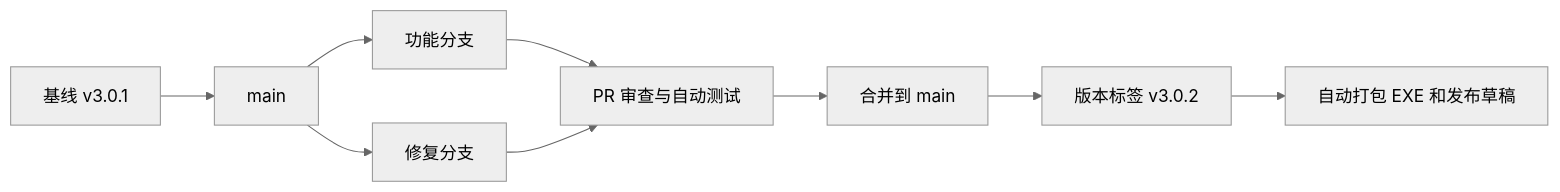
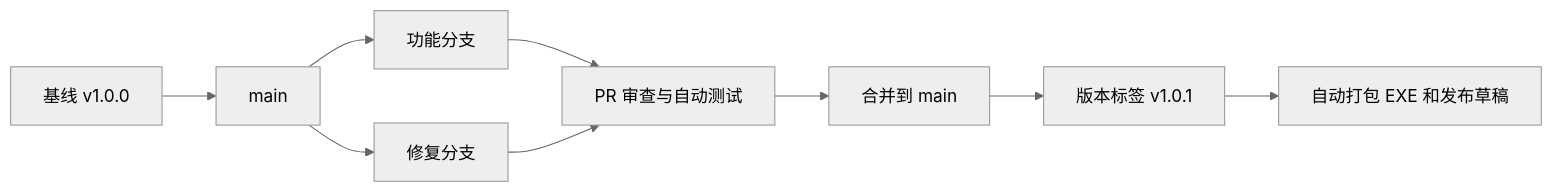
The diagram in README.md (pf100049125-leo/prototype-editor), drawn with Mermaid (neutral theme) before and after one commit. The commit also changed other lines of this file and 10 other files, not shown here.

````diff
--- a/README.md
+++ b/README.md
@@ -9,11 +9,11 @@
 ```mermaid
 flowchart LR
-  B[基线 v3.0.1] --> M[main]
+  B[基线 v1.0.0] --> M[main]
   M --> A[功能分支]
   M --> F[修复分支]
   A --> P[PR 审查与自动测试]
   F --> P
   P --> N[合并到 main]
-  N --> T[版本标签 v3.0.2]
+  N --> T[版本标签 v1.0.1]
   T --> R[自动打包 EXE 和发布草稿]
 ```
````
